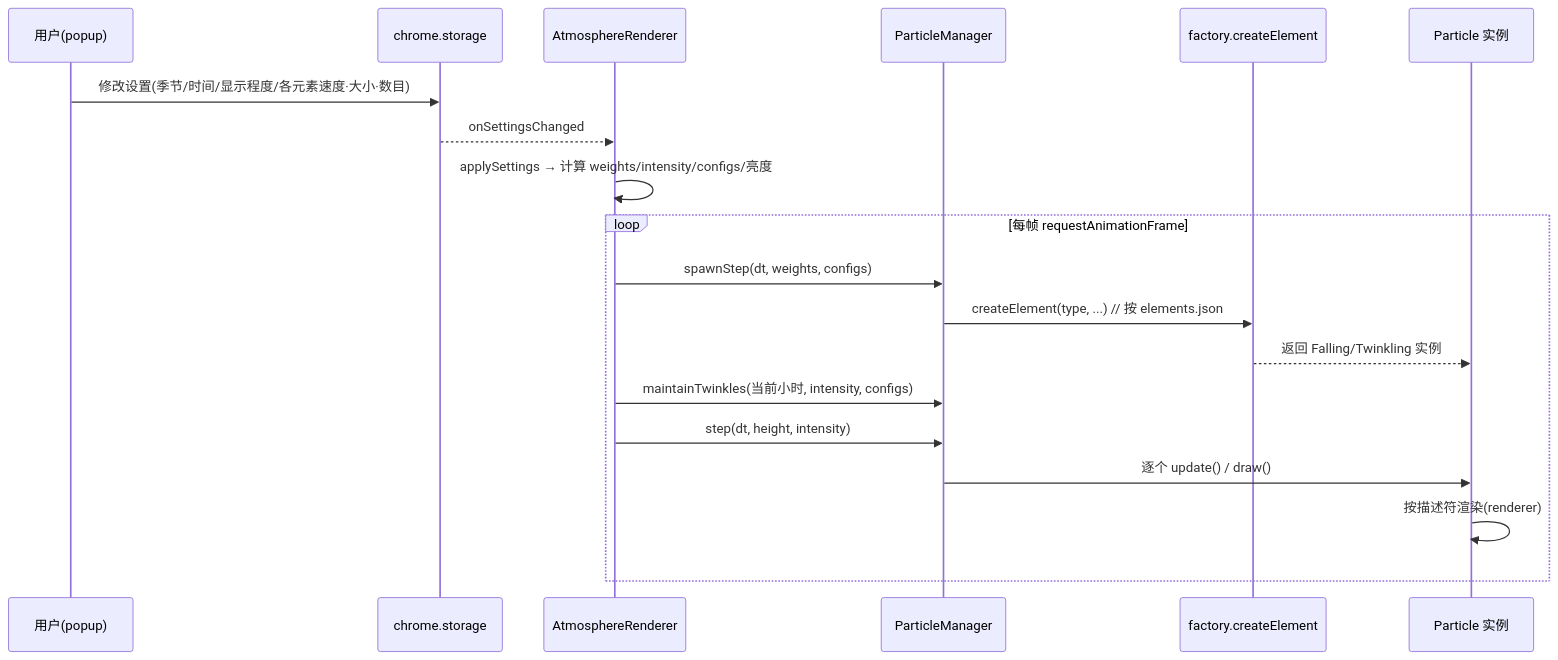
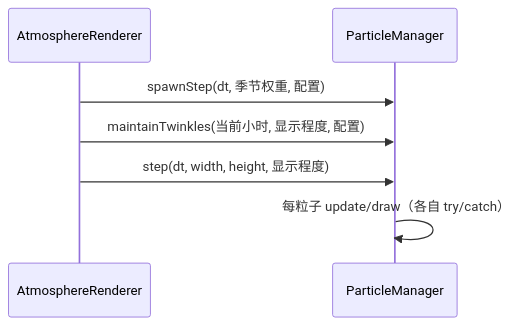
Before and after one commit to Flmpx/season-switch: the third of 3 diagrams in docs/design.md, drawn with Mermaid. The commit also changed other lines of this file and 4 other files, not shown here.

````diff
--- a/docs/design.md
+++ b/docs/design.md
@@ -80,22 +184,9 @@
 ```mermaid
 sequenceDiagram
-    participant U as 用户(popup)
-    participant S as chrome.storage
     participant A as AtmosphereRenderer
     participant M as ParticleManager
-    participant F as factory.createElement
-    participant P as Particle 实例
-
-    U->>S: 修改设置(季节/时间/显示程度/各元素速度·大小·数目)
-    S-->>A: onSettingsChanged
-    A->>A: applySettings → 计算 weights/intensity/configs/亮度
-    loop 每帧 requestAnimationFrame
-        A->>M: spawnStep(dt, weights, configs)
-        M->>F: createElement(type, ...)  // 按 elements.json
-        F-->>P: 返回 Falling/Twinkling 实例
-        A->>M: maintainTwinkles(当前小时, intensity, configs)
-        A->>M: step(dt, height, intensity)
-        M->>P: 逐个 update() / draw()
-        P->>P: 按描述符渲染(renderer)
-    end
+    A->>M: spawnStep(dt, 季节权重, 配置)
+    A->>M: maintainTwinkles(当前小时, 显示程度, 配置)
+    A->>M: step(dt, width, height, 显示程度)
+    M->>M: 每粒子 update/draw（各自 try/catch）
 ```
````
